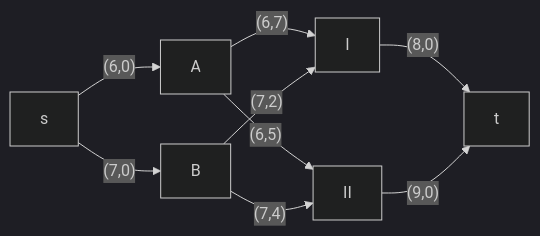
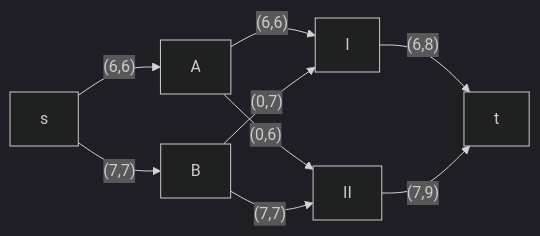
The first of 8 diagrams in task-14/green.md (hse-algo-24-raven/manual-tasks-raven), drawn with Mermaid (dark theme) before and after one commit. The commit also changed other lines of this file, not shown here.

````diff
--- a/task-14/green.md
+++ b/task-14/green.md
@@ -23,11 +23,11 @@
 ```mermaid
 graph LR
-    s-->|"(6,0)"|A
-    s-->|"(7,0)"|B
-    A-->|"(6,7)"|I
-    A-->|"(6,5)"|II
-    B-->|"(7,2)"|I
-    B-->|"(7,4)"|II
-    I-->|"(8,0)"|t
-    II-->|"(9,0)"|t
+    s-->|"(6,6)"|A
+    s-->|"(7,7)"|B
+    A-->|"(6,6)"|I
+    A-->|"(0,6)"|II
+    B-->|"(0,7)"|I
+    B-->|"(7,7)"|II
+    I-->|"(6,8)"|t
+    II-->|"(7,9)"|t
 ```
````
